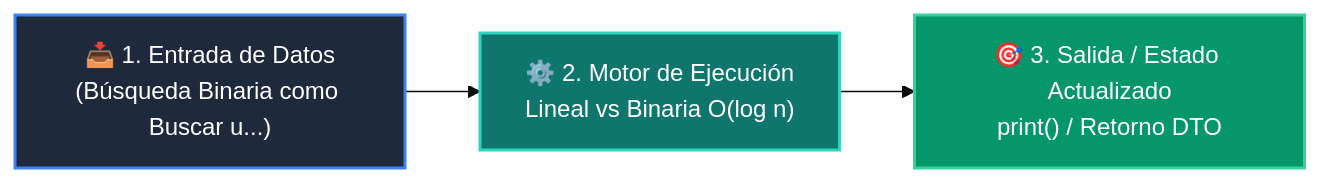
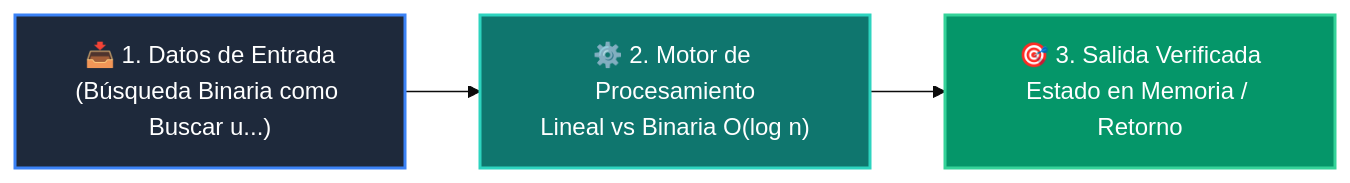
Before and after one commit to wisrovi/wisrovi-python: the diagram in 02-algoritmos-estructuras/clase-04-algoritmos-busqueda/README.md, drawn with Mermaid (base theme). The commit also changed other lines of this file and 226 other files, not shown here.

Commit message:
docs: elevate all repository READMEs to world-class mastery standard with rich pedagogical architecture, custom Mermaids, and professional styling

````diff
--- a/02-algoritmos-estructuras/clase-04-algoritmos-busqueda/README.md
+++ b/02-algoritmos-estructuras/clase-04-algoritmos-busqueda/README.md
@@ -12,9 +26,9 @@
 ```mermaid
 flowchart LR
-    A["📥 1. Entrada de Datos<br/>(Búsqueda Binaria como Buscar u...)"] --> B["⚙️ 2. Motor de Ejecución<br/>Lineal vs Binaria O(log n)"]
-    B --> C["🎯 3. Salida / Estado Actualizado<br/>print() / Retorno DTO"]
+    IN["📥 1. Datos de Entrada<br/>(Búsqueda Binaria como Buscar u...)"] --> ENG["⚙️ 2. Motor de Procesamiento<br/>Lineal vs Binaria O(log n)"]
+    ENG --> OUT["🎯 3. Salida Verificada<br/>Estado en Memoria / Retorno"]
 
-    style A fill:#1e293b,color:#ffffff,stroke:#3b82f6,stroke-width:2px
-    style B fill:#0f766e,color:#ffffff,stroke:#2dd4bf,stroke-width:2px
-    style C fill:#059669,color:#ffffff,stroke:#34d399,stroke-width:2px
+    style IN fill:#1e293b,color:#ffffff,stroke:#3b82f6,stroke-width:2px
+    style ENG fill:#0f766e,color:#ffffff,stroke:#2dd4bf,stroke-width:2px
+    style OUT fill:#059669,color:#ffffff,stroke:#34d399,stroke-width:2px
 ```
````
